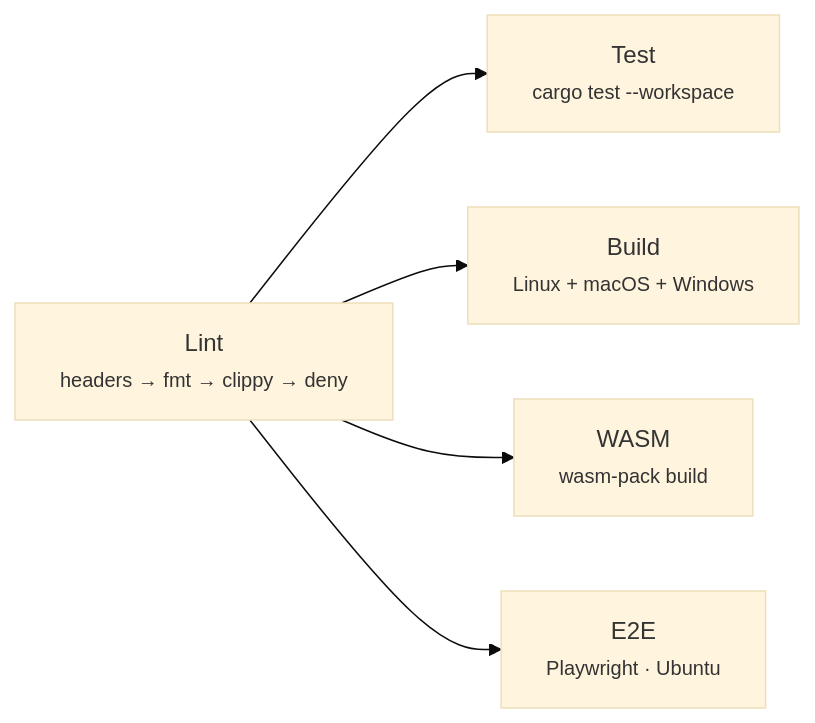
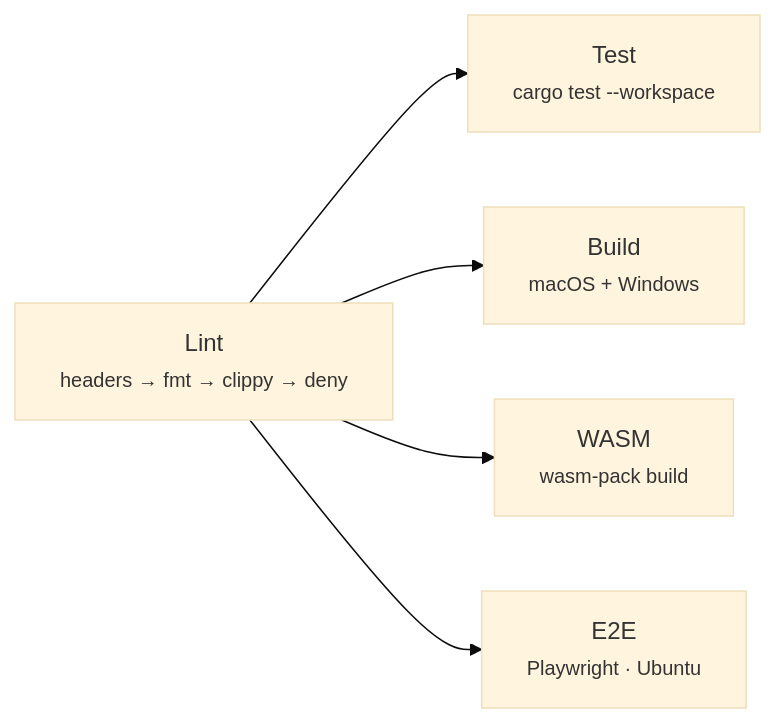
Before and after one commit to microsoft/webui: the diagram in README.md, drawn with Mermaid (base theme). The commit also changed other lines of this file and 1 other file, not shown here.

Commit message:
Remove Ubuntu from build matrix (covered by e2e job)

````diff
--- a/README.md
+++ b/README.md
@@ -55,13 +55,13 @@
 ```mermaid
 graph LR
     lint["Lint<br/><small>headers → fmt → clippy → deny</small>"]
     test["Test<br/><small>cargo test --workspace</small>"]
-    build["Build<br/><small>Linux + macOS + Windows</small>"]
+    build["Build<br/><small>macOS + Windows</small>"]
     wasm["WASM<br/><small>wasm-pack build</small>"]
     e2e["E2E<br/><small>Playwright · Ubuntu</small>"]
 
     lint --> test
     lint --> build
     lint --> wasm
     lint --> e2e
 ```
````
